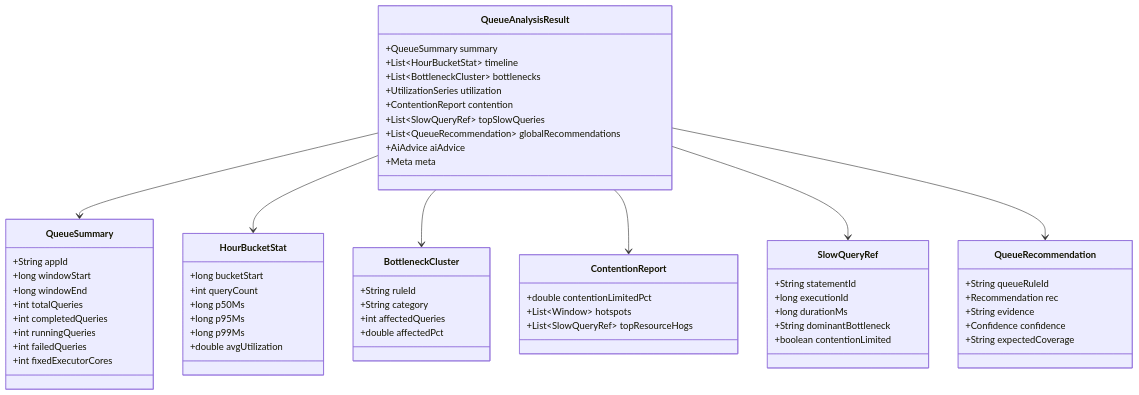
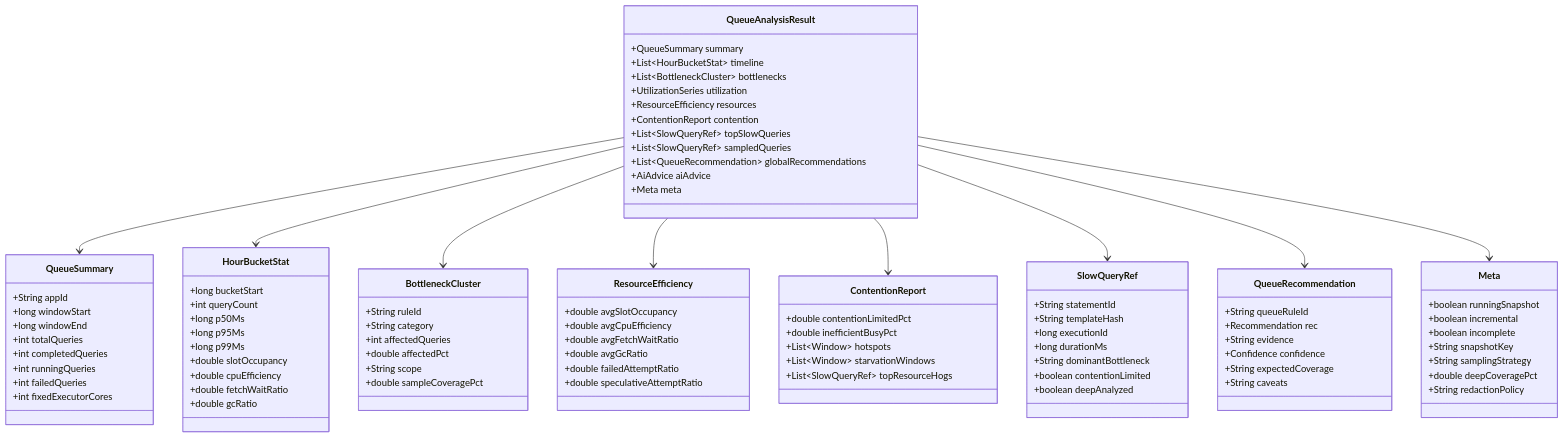
One commit to gauss1314/SparkAdvisor changed the fifth of 6 diagrams in SparkAdvisor-monitor-design.md. Above: the diagram before and after it, drawn with Mermaid. The commit also changed other lines of this file, not shown here.

````diff
--- a/SparkAdvisor-monitor-design.md
+++ b/SparkAdvisor-monitor-design.md
@@ -277,8 +352,10 @@
         +List~HourBucketStat~ timeline
         +List~BottleneckCluster~ bottlenecks
         +UtilizationSeries utilization
+        +ResourceEfficiency resources
         +ContentionReport contention
         +List~SlowQueryRef~ topSlowQueries
+        +List~SlowQueryRef~ sampledQueries
         +List~QueueRecommendation~ globalRecommendations
         +AiAdvice aiAdvice
         +Meta meta
@@ -299,25 +376,42 @@
         +long p50Ms
         +long p95Ms
         +long p99Ms
-        +double avgUtilization
+        +double slotOccupancy
+        +double cpuEfficiency
+        +double fetchWaitRatio
+        +double gcRatio
     }
     class BottleneckCluster {
         +String ruleId
         +String category
         +int affectedQueries
         +double affectedPct
+        +String scope
+        +double sampleCoveragePct
+    }
+    class ResourceEfficiency {
+        +double avgSlotOccupancy
+        +double avgCpuEfficiency
+        +double avgFetchWaitRatio
+        +double avgGcRatio
+        +double failedAttemptRatio
+        +double speculativeAttemptRatio
     }
     class ContentionReport {
         +double contentionLimitedPct
+        +double inefficientBusyPct
         +List~Window~ hotspots
+        +List~Window~ starvationWindows
         +List~SlowQueryRef~ topResourceHogs
     }
     class SlowQueryRef {
         +String statementId
+        +String templateHash
         +long executionId
         +long durationMs
         +String dominantBottleneck
         +boolean contentionLimited
+        +boolean deepAnalyzed
     }
     class QueueRecommendation {
         +String queueRuleId
@@ -325,11 +419,23 @@
         +String evidence
         +Confidence confidence
         +String expectedCoverage
+        +String caveats
+    }
+    class Meta {
+        +boolean runningSnapshot
+        +boolean incremental
+        +boolean incomplete
+        +String snapshotKey
+        +String samplingStrategy
+        +double deepCoveragePct
+        +String redactionPolicy
     }
     QueueAnalysisResult --> QueueSummary
     QueueAnalysisResult --> HourBucketStat
     QueueAnalysisResult --> BottleneckCluster
+    QueueAnalysisResult --> ResourceEfficiency
     QueueAnalysisResult --> ContentionReport
     QueueAnalysisResult --> SlowQueryRef
     QueueAnalysisResult --> QueueRecommendation
+    QueueAnalysisResult --> Meta
 ```
````
